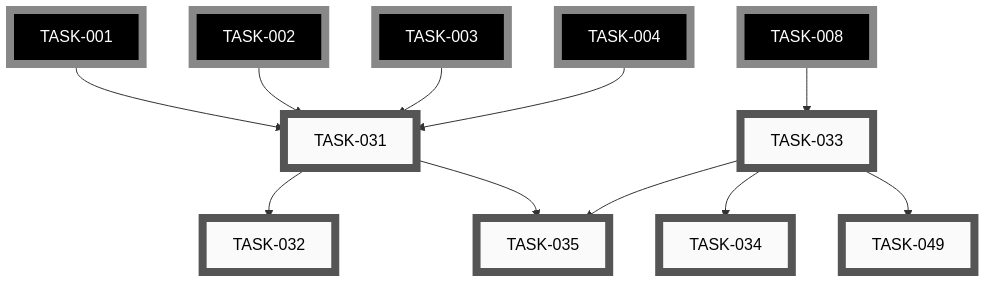
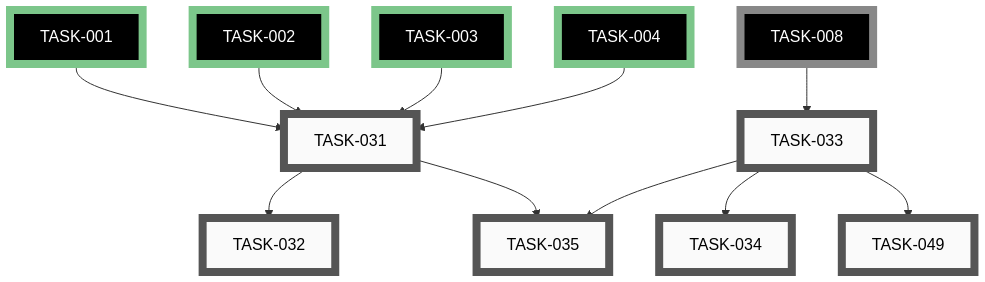
The fourth of 10 diagrams in docs/developers/tasks/EPICS.md (tgd1975/CircuitSmith), drawn with Mermaid before and after one commit. The commit also changed other lines of this file and 36 other files, not shown here.

````diff
--- a/docs/developers/tasks/EPICS.md
+++ b/docs/developers/tasks/EPICS.md
@@ -256,43 +256,43 @@
 ```mermaid
 graph TD
     TASK_031["TASK-031"]:::open
     TASK_032["TASK-032"]:::open
     TASK_033["TASK-033"]:::open
     TASK_034["TASK-034"]:::open
     TASK_035["TASK-035"]:::open
     TASK_049["TASK-049"]:::open
-    TASK_001["TASK-001"]:::openExt
-    TASK_002["TASK-002"]:::openExt
-    TASK_003["TASK-003"]:::openExt
-    TASK_004["TASK-004"]:::openExt
+    TASK_001["TASK-001"]:::closedExt
+    TASK_002["TASK-002"]:::closedExt
+    TASK_003["TASK-003"]:::closedExt
+    TASK_004["TASK-004"]:::closedExt
     TASK_008["TASK-008"]:::openExt
     TASK_001 --> TASK_031
     TASK_002 --> TASK_031
     TASK_003 --> TASK_031
     TASK_004 --> TASK_031
     TASK_031 --> TASK_032
     TASK_008 --> TASK_033
     TASK_033 --> TASK_034
     TASK_031 --> TASK_035
     TASK_033 --> TASK_035
     TASK_033 --> TASK_049
     click TASK_031 "open/task-031-implement-bom-exporter.md"
     click TASK_032 "open/task-032-embed-bom-table-in-build-guide.md"
     click TASK_033 "open/task-033-implement-netlist-exporter.md"
     click TASK_034 "open/task-034-kicad-netlist-import-spot-check.md"
     click TASK_035 "open/task-035-extend-ci-and-docs-for-exporters.md"
     click TASK_049 "open/task-049-kicad-netlist-structural-test.md"
-    click TASK_001 "open/task-001-extract-mcu-board-profiles.md"
-    click TASK_002 "open/task-002-write-passives-component-library.md"
-    click TASK_003 "open/task-003-write-connectors-component-library.md"
-    click TASK_004 "open/task-004-write-sensors-component-library.md"
+    click TASK_001 "closed/task-001-extract-mcu-board-profiles.md"
+    click TASK_002 "closed/task-002-write-passives-component-library.md"
+    click TASK_003 "closed/task-003-write-connectors-component-library.md"
+    click TASK_004 "closed/task-004-write-sensors-component-library.md"
     click TASK_008 "open/task-008-implement-netgraph-data-model.md"
     classDef open    fill:#FAFAFA,stroke:#555,stroke-width:8px,color:#000
     classDef active  fill:#FAFAFA,stroke:#1A6FA8,stroke-width:8px,color:#000
     classDef closed  fill:#FAFAFA,stroke:#3F8B53,stroke-width:8px,color:#000
     classDef paused  fill:#FAFAFA,stroke:#B07810,stroke-width:8px,color:#000
     classDef openExt    fill:#000,stroke:#888,stroke-width:8px,color:#FFF
     classDef activeExt  fill:#000,stroke:#3FA9F5,stroke-width:8px,color:#FFF
     classDef closedExt  fill:#000,stroke:#7CC68A,stroke-width:8px,color:#FFF
     classDef pausedExt  fill:#000,stroke:#F0B030,stroke-width:8px,color:#FFF
 ```
````
